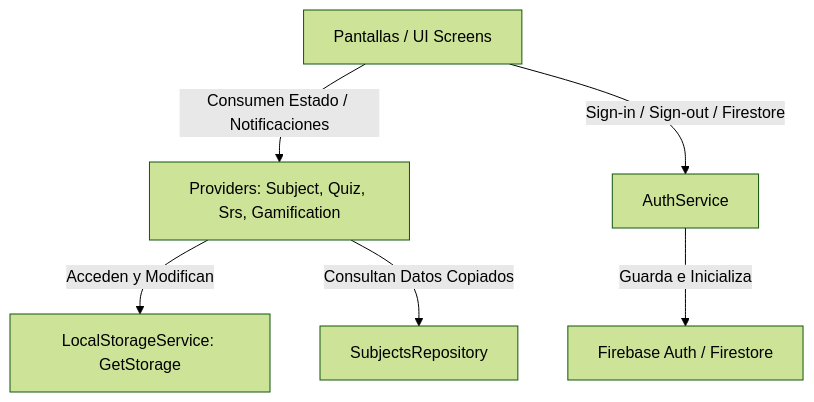
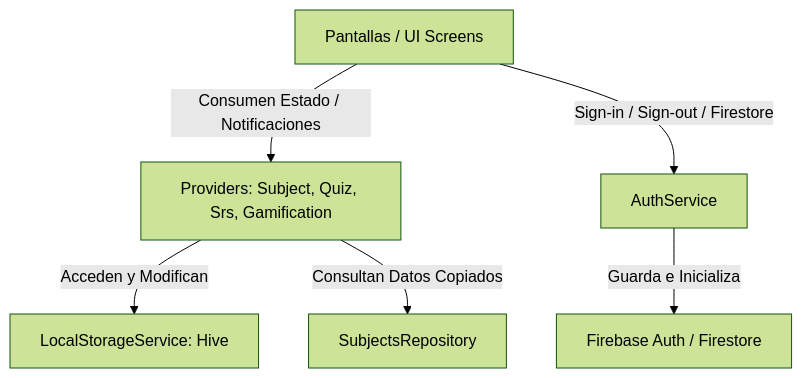
One commit to heron-studios/estudiEO changed the diagram in CODEBASE_MAP.md. Above: the diagram before and after it, drawn with Mermaid (forest theme). The commit also changed other lines of this file and 12 other files, not shown here.

````diff
--- a/CODEBASE_MAP.md
+++ b/CODEBASE_MAP.md
@@ -39,8 +39,8 @@
 ```mermaid
 graph TD
     UI[Pantallas / UI Screens] -->|Consumen Estado / Notificaciones| Prov[Providers: Subject, Quiz, Srs, Gamification]
-    Prov -->|Acceden y Modifican| Local[LocalStorageService: GetStorage]
+    Prov -->|Acceden y Modifican| Local[LocalStorageService: Hive]
     Prov -->|Consultan Datos Copiados| Repo[SubjectsRepository]
     UI -->|Sign-in / Sign-out / Firestore| Auth[AuthService]
     Auth -->|Guarda e Inicializa| Firebase[Firebase Auth / Firestore]
 ```
````
